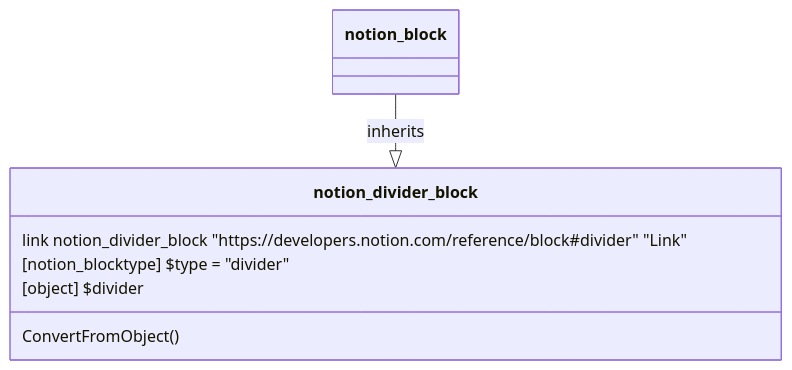
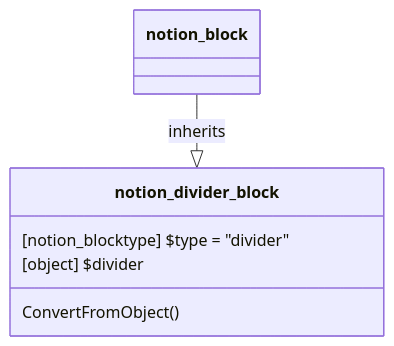
One commit to fasteiner/Notion changed the diagram in source/WikiSource/Classes/Block/14_Divider.md. Above: the diagram before and after it, drawn with Mermaid. The commit also changed 31 other files, not shown here.

Commit message:
fix: correct spelling of "Reference" in API documentation, heading dependency, removed unsuported link in mermaid

````diff
--- a/source/WikiSource/Classes/Block/14_Divider.md
+++ b/source/WikiSource/Classes/Block/14_Divider.md
@@ -5,10 +5,9 @@
 ```mermaid
 classDiagram
     class notion_divider_block {
-        link notion_divider_block "https://developers.notion.com/reference/block#divider" "Link"
         [notion_blocktype] $type = "divider"
         [object] $divider
         ConvertFromObject()
     }
     `notion_block` --|> `notion_divider_block`:inherits
 ```
````
